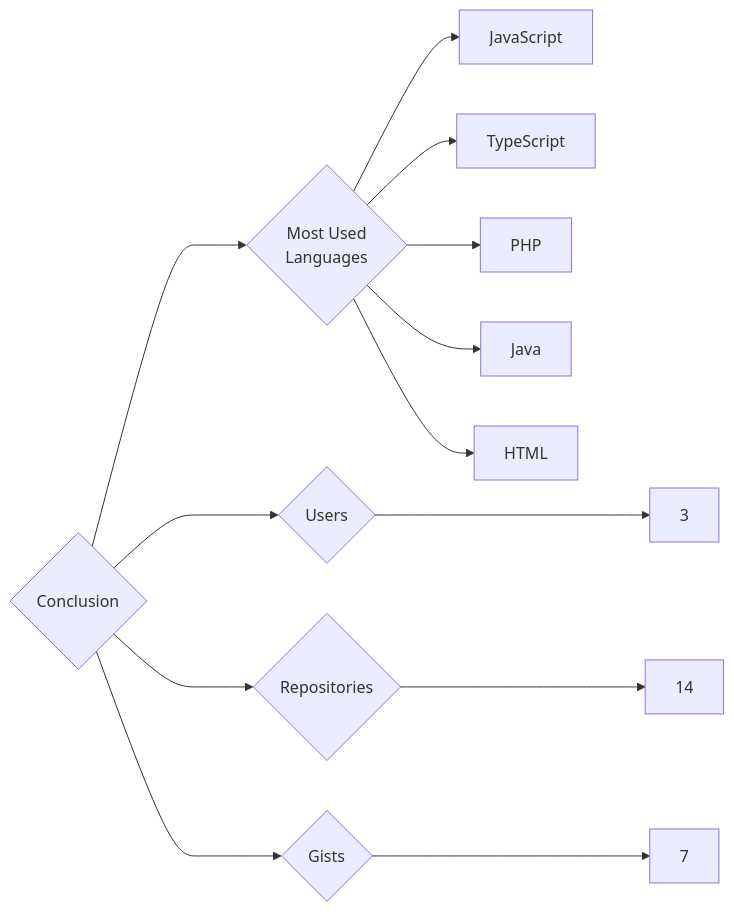
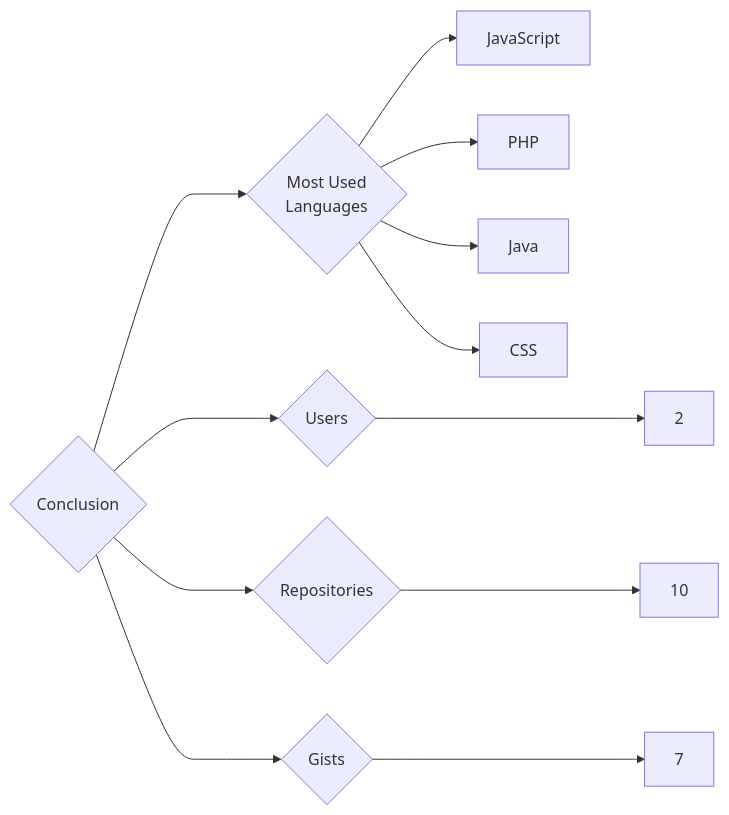
The diagram in targets/Conclusion/README.md (trickest/insiders), drawn with Mermaid before and after one commit. The commit also changed 870 other files, not shown here.

````diff
--- a/targets/Conclusion/README.md
+++ b/targets/Conclusion/README.md
@@ -3,13 +3,12 @@
 ```mermaid
 graph LR
 COMPANY_NAME{Conclusion}
-COMPANY_NAME ---> U{Users} ---> UN[3]
-COMPANY_NAME ---> R{Repositories} ---> RN[14]
+COMPANY_NAME ---> U{Users} ---> UN[2]
+COMPANY_NAME ---> R{Repositories} ---> RN[10]
 COMPANY_NAME ---> G{Gists} ---> GN[7]
 COMPANY_NAME ---> ML{Most Used<br>Languages}
 ML --> JavaScript[JavaScript]
-ML --> TypeScript[TypeScript]
 ML --> PHP[PHP]
 ML --> Java[Java]
-ML --> HTML[HTML]
+ML --> CSS[CSS]
 ```
````
